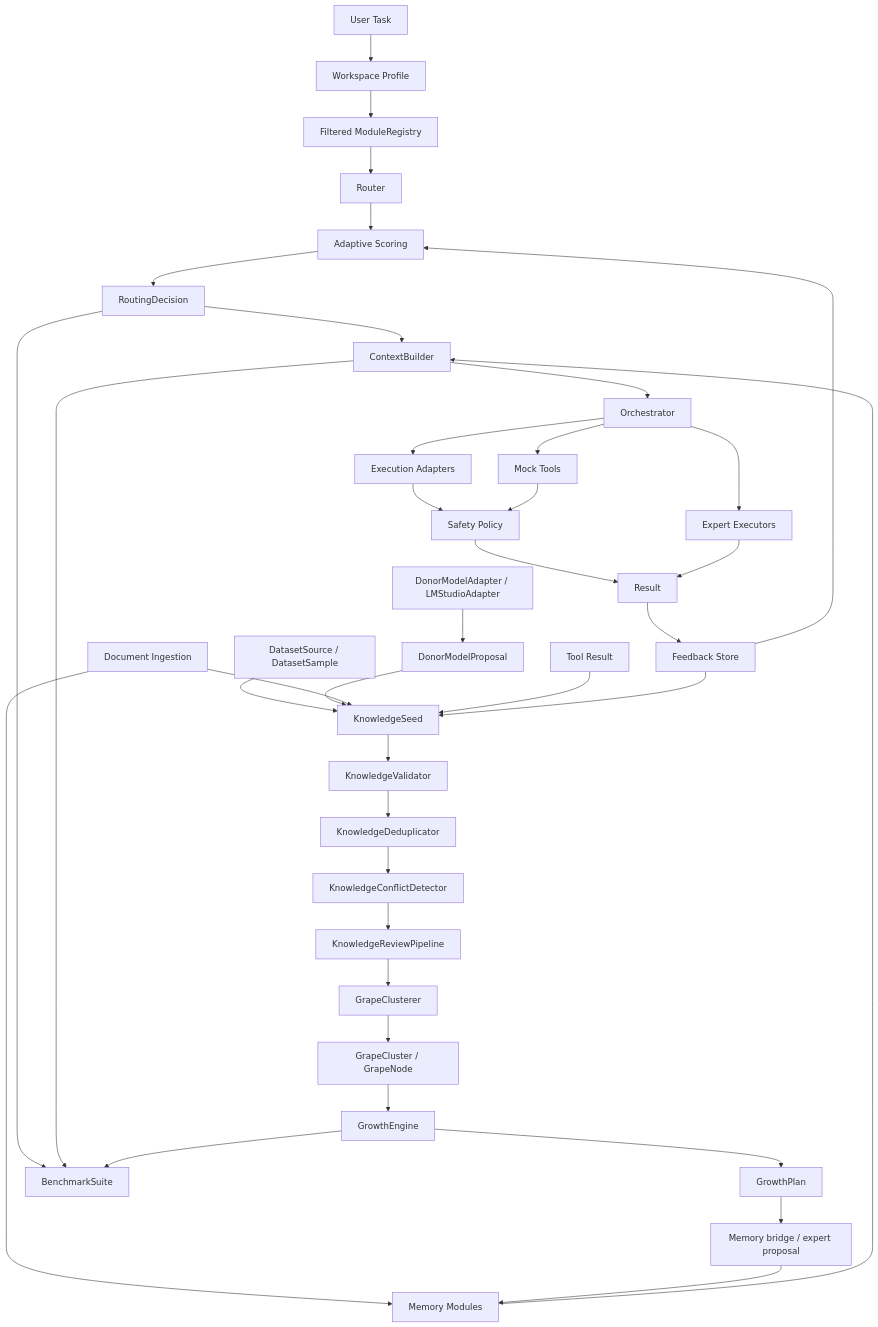
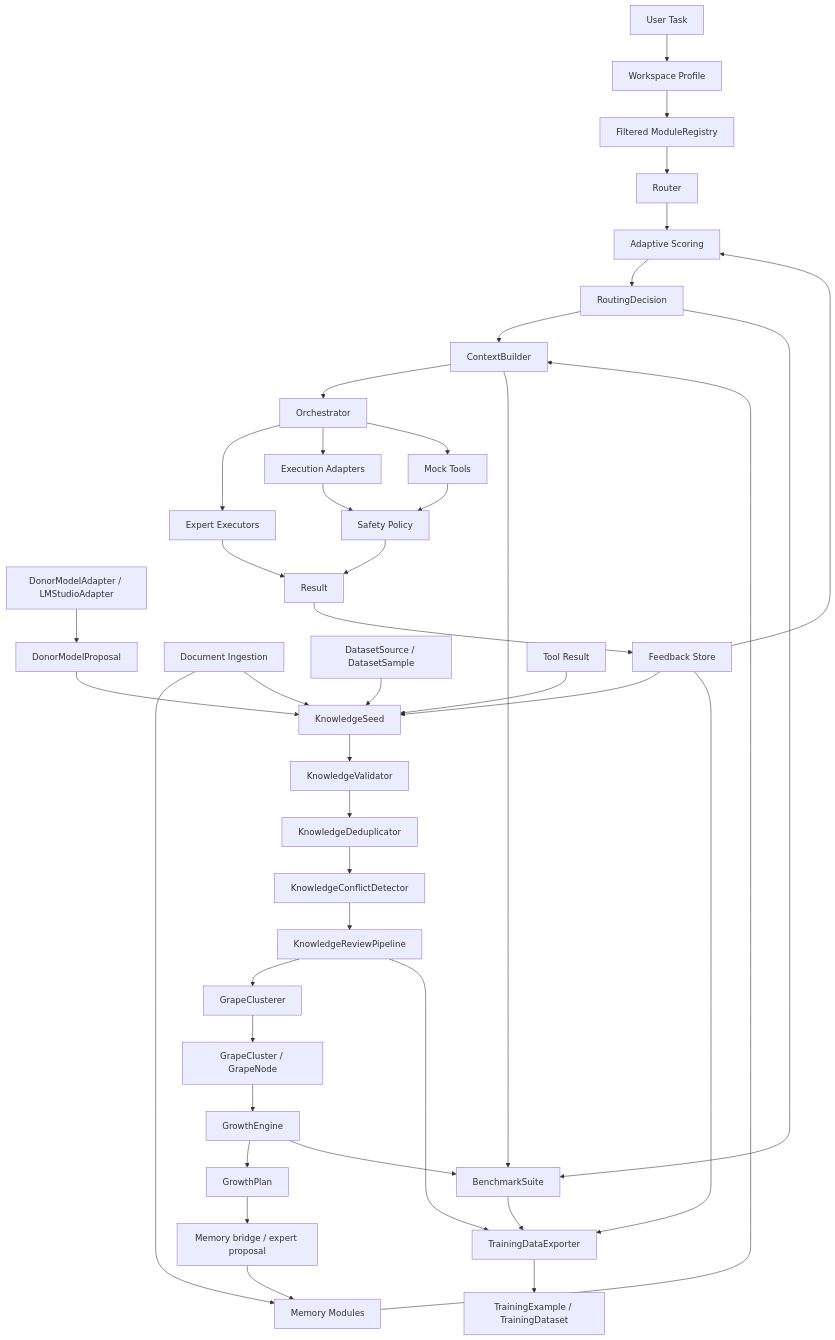
The diagram in docs/architecture.md (Robotyaga/Grona), drawn with Mermaid before and after one commit. The commit also changed other lines of this file and 12 other files, not shown here.

First line of the commit message:
Add TrainingDataExporter foundation

````diff
--- a/docs/architecture.md
+++ b/docs/architecture.md
@@ -21,40 +21,44 @@
 ```mermaid
 flowchart TD
     A[User Task] --> B[Workspace Profile]
     B --> C[Filtered ModuleRegistry]
     C --> D[Router]
     F[Feedback Store] --> E[Adaptive Scoring]
     D --> E
     E --> G[RoutingDecision]
     H[Memory Modules] --> I[ContextBuilder]
     J[Document Ingestion] --> H
     DS[DatasetSource / DatasetSample] --> Q[KnowledgeSeed]
     DM[DonorModelAdapter / LMStudioAdapter] --> DP[DonorModelProposal]
     DP --> Q
     J --> Q
     R[Tool Result] --> Q
     F --> Q
     Q --> S[KnowledgeValidator]
     S --> U[KnowledgeDeduplicator]
     U --> V[KnowledgeConflictDetector]
     V --> W[KnowledgeReviewPipeline]
     W --> X[GrapeClusterer]
     X --> Y[GrapeCluster / GrapeNode]
     Y --> Z[GrowthEngine]
     Z --> AA[GrowthPlan]
     AA --> AB[Memory bridge / expert proposal]
     AB --> H
     G --> I
     I --> K[Orchestrator]
     K --> L[Expert Executors]
     K --> M[Execution Adapters]
     K --> N[Mock Tools]
     M --> O[Safety Policy]
     N --> O
     O --> P[Result]
     L --> P
     P --> F
     G --> BS[BenchmarkSuite]
     I --> BS
     Z --> BS
+    W --> TD[TrainingDataExporter]
+    F --> TD
+    BS --> TD
+    TD --> TE[TrainingExample / TrainingDataset]
 ```
````
